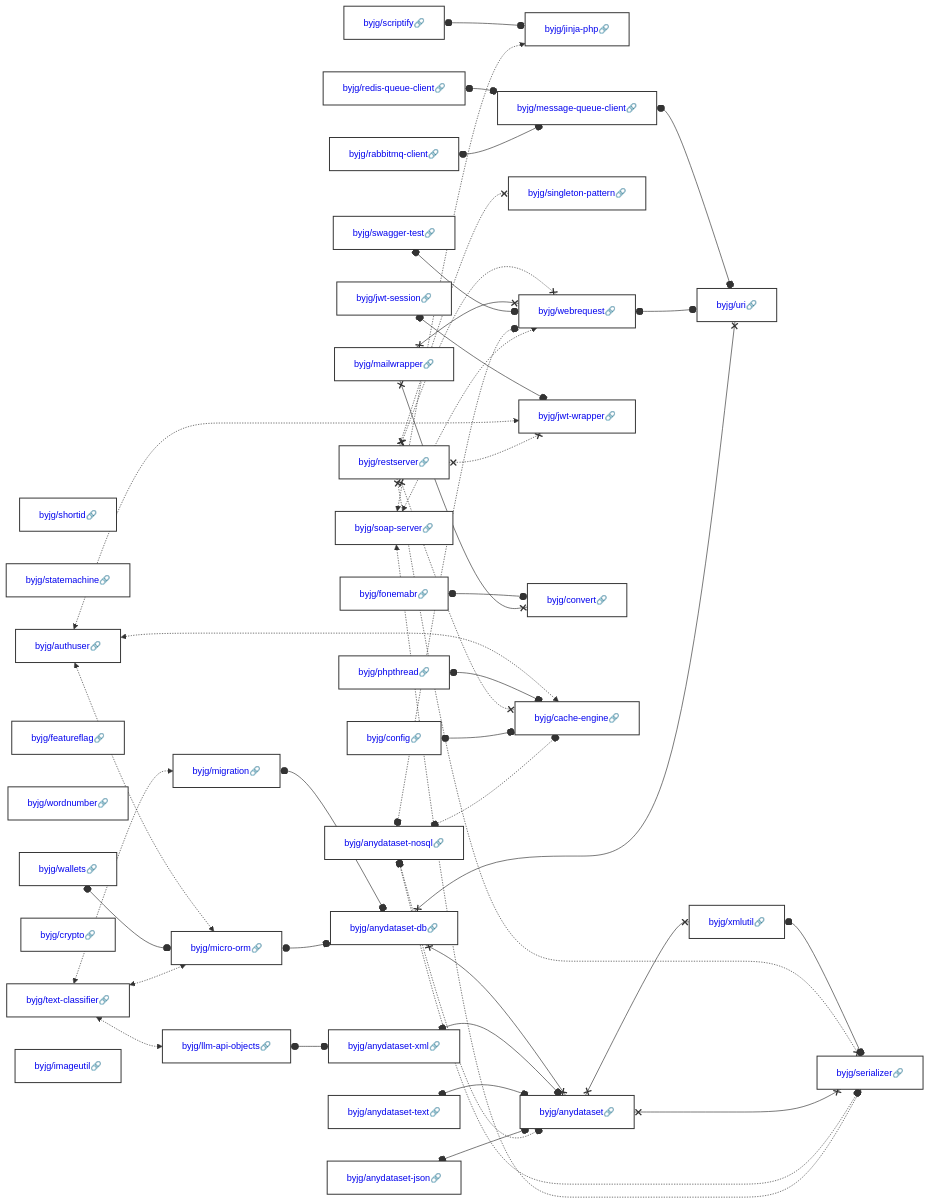
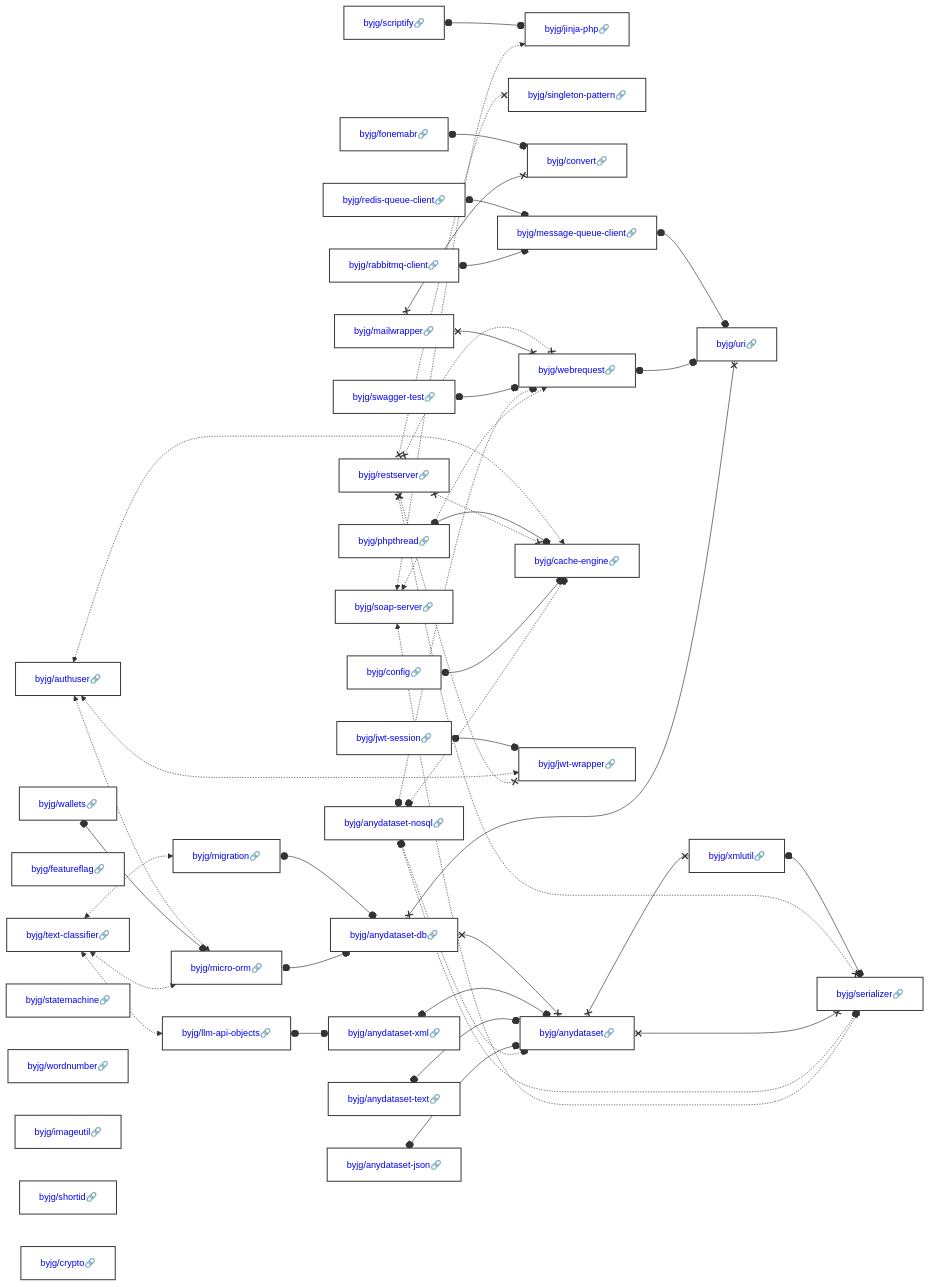
The diagram in docs/php/README.md (byjg/byjg.github.io), drawn with Mermaid before and after one commit. The commit also changed other lines of this file and 1 other file, not shown here.

Commit message:
Update documentation 'php' 'php-restserver'

````diff
--- a/docs/php/README.md
+++ b/docs/php/README.md
@@ -3,42 +3,42 @@
 ```mermaid
 graph LR;
-  byjg/shortid[<a href='https://opensource.byjg.com/docs/php/shortid' style='text-decoration:none'>byjg/shortid🔗</a>];
-  byjg/statemachine[<a href='https://opensource.byjg.com/docs/php/statemachine' style='text-decoration:none'>byjg/statemachine🔗</a>];
   byjg/anydataset-text[<a href='https://opensource.byjg.com/docs/php/anydataset-text' style='text-decoration:none'>byjg/anydataset-text🔗</a>];
   byjg/wallets[<a href='https://opensource.byjg.com/docs/php/wallets' style='text-decoration:none'>byjg/wallets🔗</a>];
+  byjg/scriptify[<a href='https://opensource.byjg.com/docs/php/scriptify' style='text-decoration:none'>byjg/scriptify🔗</a>];
+  byjg/phpthread[<a href='https://opensource.byjg.com/docs/php/phpthread' style='text-decoration:none'>byjg/phpthread🔗</a>];
+  byjg/soap-server[<a href='https://opensource.byjg.com/docs/php/soap-server' style='text-decoration:none'>byjg/soap-server🔗</a>];
+  byjg/authuser[<a href='https://opensource.byjg.com/docs/php/authuser' style='text-decoration:none'>byjg/authuser🔗</a>];
+  byjg/featureflag[<a href='https://opensource.byjg.com/docs/php/featureflag' style='text-decoration:none'>byjg/featureflag🔗</a>];
+  byjg/anydataset-json[<a href='https://opensource.byjg.com/docs/php/anydataset-json' style='text-decoration:none'>byjg/anydataset-json🔗</a>];
+  byjg/restserver[<a href='https://opensource.byjg.com/docs/php/restserver' style='text-decoration:none'>byjg/restserver🔗</a>];
+  byjg/mailwrapper[<a href='https://opensource.byjg.com/docs/php/mailwrapper' style='text-decoration:none'>byjg/mailwrapper🔗</a>];
+  byjg/text-classifier[<a href='https://opensource.byjg.com/docs/php/text-classifier' style='text-decoration:none'>byjg/text-classifier🔗</a>];
+  byjg/fonemabr[<a href='https://opensource.byjg.com/docs/php/fonemabr' style='text-decoration:none'>byjg/fonemabr🔗</a>];
+  byjg/statemachine[<a href='https://opensource.byjg.com/docs/php/statemachine' style='text-decoration:none'>byjg/statemachine🔗</a>];
+  byjg/wordnumber[<a href='https://opensource.byjg.com/docs/php/wordnumber' style='text-decoration:none'>byjg/wordnumber🔗</a>];
+  byjg/config[<a href='https://opensource.byjg.com/docs/php/config' style='text-decoration:none'>byjg/config🔗</a>];
+  byjg/redis-queue-client[<a href='https://opensource.byjg.com/docs/php/redis-queue-client' style='text-decoration:none'>byjg/redis-queue-client🔗</a>];
+  byjg/swagger-test[<a href='https://opensource.byjg.com/docs/php/swagger-test' style='text-decoration:none'>byjg/swagger-test🔗</a>];
+  byjg/imageutil[<a href='https://opensource.byjg.com/docs/php/imageutil' style='text-decoration:none'>byjg/imageutil🔗</a>];
+  byjg/shortid[<a href='https://opensource.byjg.com/docs/php/shortid' style='text-decoration:none'>byjg/shortid🔗</a>];
+  byjg/rabbitmq-client[<a href='https://opensource.byjg.com/docs/php/rabbitmq-client' style='text-decoration:none'>byjg/rabbitmq-client🔗</a>];
   byjg/anydataset-nosql[<a href='https://opensource.byjg.com/docs/php/anydataset-nosql' style='text-decoration:none'>byjg/anydataset-nosql🔗</a>];
-  byjg/soap-server[<a href='https://opensource.byjg.com/docs/php/soap-server' style='text-decoration:none'>byjg/soap-server🔗</a>];
-  byjg/scriptify[<a href='https://opensource.byjg.com/docs/php/scriptify' style='text-decoration:none'>byjg/scriptify🔗</a>];
-  byjg/rabbitmq-client[<a href='https://opensource.byjg.com/docs/php/rabbitmq-client' style='text-decoration:none'>byjg/rabbitmq-client🔗</a>];
-  byjg/redis-queue-client[<a href='https://opensource.byjg.com/docs/php/redis-queue-client' style='text-decoration:none'>byjg/redis-queue-client🔗</a>];
-  byjg/mailwrapper[<a href='https://opensource.byjg.com/docs/php/mailwrapper' style='text-decoration:none'>byjg/mailwrapper🔗</a>];
-  byjg/featureflag[<a href='https://opensource.byjg.com/docs/php/featureflag' style='text-decoration:none'>byjg/featureflag🔗</a>];
-  byjg/wordnumber[<a href='https://opensource.byjg.com/docs/php/wordnumber' style='text-decoration:none'>byjg/wordnumber🔗</a>];
-  byjg/text-classifier[<a href='https://opensource.byjg.com/docs/php/text-classifier' style='text-decoration:none'>byjg/text-classifier🔗</a>];
-  byjg/restserver[<a href='https://opensource.byjg.com/docs/php/restserver' style='text-decoration:none'>byjg/restserver🔗</a>];
+  byjg/jwt-session[<a href='https://opensource.byjg.com/docs/php/jwt-session' style='text-decoration:none'>byjg/jwt-session🔗</a>];
   byjg/crypto[<a href='https://opensource.byjg.com/docs/php/crypto' style='text-decoration:none'>byjg/crypto🔗</a>];
-  byjg/swagger-test[<a href='https://opensource.byjg.com/docs/php/swagger-test' style='text-decoration:none'>byjg/swagger-test🔗</a>];
-  byjg/authuser[<a href='https://opensource.byjg.com/docs/php/authuser' style='text-decoration:none'>byjg/authuser🔗</a>];
-  byjg/anydataset-json[<a href='https://opensource.byjg.com/docs/php/anydataset-json' style='text-decoration:none'>byjg/anydataset-json🔗</a>];
-  byjg/config[<a href='https://opensource.byjg.com/docs/php/config' style='text-decoration:none'>byjg/config🔗</a>];
-  byjg/jwt-session[<a href='https://opensource.byjg.com/docs/php/jwt-session' style='text-decoration:none'>byjg/jwt-session🔗</a>];
-  byjg/fonemabr[<a href='https://opensource.byjg.com/docs/php/fonemabr' style='text-decoration:none'>byjg/fonemabr🔗</a>];
-  byjg/imageutil[<a href='https://opensource.byjg.com/docs/php/imageutil' style='text-decoration:none'>byjg/imageutil🔗</a>];
-  byjg/phpthread[<a href='https://opensource.byjg.com/docs/php/phpthread' style='text-decoration:none'>byjg/phpthread🔗</a>];
   byjg/jinja-php[<a href='https://opensource.byjg.com/docs/php/jinja-php' style='text-decoration:none'>byjg/jinja-php🔗</a>];
-  byjg/message-queue-client[<a href='https://opensource.byjg.com/docs/php/message-queue-client' style='text-decoration:none'>byjg/message-queue-client🔗</a>];
+  byjg/singleton-pattern[<a href='https://opensource.byjg.com/docs/php/singleton-pattern' style='text-decoration:none'>byjg/singleton-pattern🔗</a>];
+  byjg/micro-orm[<a href='https://opensource.byjg.com/docs/php/micro-orm' style='text-decoration:none'>byjg/micro-orm🔗</a>];
   byjg/migration[<a href='https://opensource.byjg.com/docs/php/migration' style='text-decoration:none'>byjg/migration🔗</a>];
   byjg/llm-api-objects[<a href='https://opensource.byjg.com/docs/php/llm-api-objects' style='text-decoration:none'>byjg/llm-api-objects🔗</a>];
-  byjg/singleton-pattern[<a href='https://opensource.byjg.com/docs/php/singleton-pattern' style='text-decoration:none'>byjg/singleton-pattern🔗</a>];
+  byjg/convert[<a href='https://opensource.byjg.com/docs/php/convert' style='text-decoration:none'>byjg/convert🔗</a>];
+  byjg/message-queue-client[<a href='https://opensource.byjg.com/docs/php/message-queue-client' style='text-decoration:none'>byjg/message-queue-client🔗</a>];
   byjg/webrequest[<a href='https://opensource.byjg.com/docs/php/webrequest' style='text-decoration:none'>byjg/webrequest🔗</a>];
-  byjg/micro-orm[<a href='https://opensource.byjg.com/docs/php/micro-orm' style='text-decoration:none'>byjg/micro-orm🔗</a>];
+  byjg/cache-engine[<a href='https://opensource.byjg.com/docs/php/cache-engine' style='text-decoration:none'>byjg/cache-engine🔗</a>];
   byjg/jwt-wrapper[<a href='https://opensource.byjg.com/docs/php/jwt-wrapper' style='text-decoration:none'>byjg/jwt-wrapper🔗</a>];
-  byjg/convert[<a href='https://opensource.byjg.com/docs/php/convert' style='text-decoration:none'>byjg/convert🔗</a>];
-  byjg/cache-engine[<a href='https://opensource.byjg.com/docs/php/cache-engine' style='text-decoration:none'>byjg/cache-engine🔗</a>];
+  byjg/anydataset-db[<a href='https://opensource.byjg.com/docs/php/anydataset-db' style='text-decoration:none'>byjg/anydataset-db🔗</a>];
   byjg/anydataset-xml[<a href='https://opensource.byjg.com/docs/php/anydataset-xml' style='text-decoration:none'>byjg/anydataset-xml🔗</a>];
-  byjg/anydataset-db[<a href='https://opensource.byjg.com/docs/php/anydataset-db' style='text-decoration:none'>byjg/anydataset-db🔗</a>];
+  byjg/uri[<a href='https://opensource.byjg.com/docs/php/uri' style='text-decoration:none'>byjg/uri🔗</a>];
   byjg/anydataset[<a href='https://opensource.byjg.com/docs/php/anydataset' style='text-decoration:none'>byjg/anydataset🔗</a>];
-  byjg/uri[<a href='https://opensource.byjg.com/docs/php/uri' style='text-decoration:none'>byjg/uri🔗</a>];
   byjg/xmlutil[<a href='https://opensource.byjg.com/docs/php/xmlutil' style='text-decoration:none'>byjg/xmlutil🔗</a>];
   byjg/serializer[<a href='https://opensource.byjg.com/docs/php/serializer' style='text-decoration:none'>byjg/serializer🔗</a>];
   byjg/soap-server <-.-> byjg/jinja-php;
````
